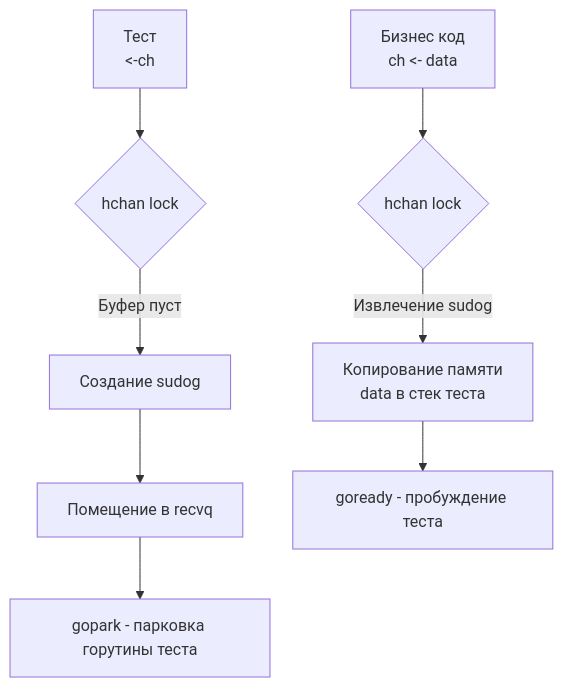
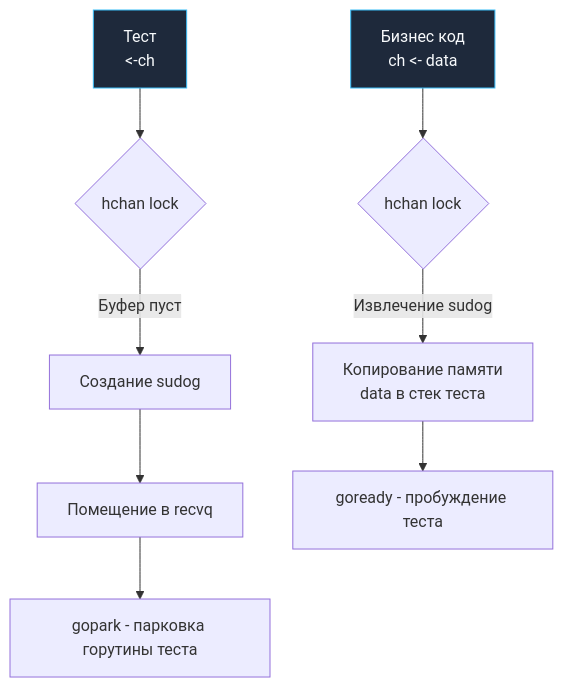
One commit to UnrealTemplier/go-textbook changed the diagram in sources/15. Тестирование в Go (QA & Testing)/07. Конкурентность/5. Тестирование каналов.md. Above: the diagram before and after it, drawn with Mermaid. The commit also changed 1666 other files, not shown here.

First line of the commit message:
feat(mermaid): add semantic color classDef to 1369 colorless flowchart/graph diagrams

````diff
--- a/sources/15. Тестирование в Go (QA & Testing)/07. Конкурентность/5. Тестирование каналов.md
+++ b/sources/15. Тестирование в Go (QA & Testing)/07. Конкурентность/5. Тестирование каналов.md
@@ -43,11 +43,21 @@
 ```mermaid
 flowchart TD
-    A["Тест<br><-ch"] --> B{"hchan lock"}
+    classDef process  fill:#1e293b,stroke:#38bdf8,stroke-width:1px,color:#f8fafc
+    classDef success  fill:#064e3b,stroke:#34d399,stroke-width:1px,color:#f8fafc
+    classDef error    fill:#7f1d1d,stroke:#f87171,stroke-width:1px,color:#f8fafc
+    classDef warning  fill:#78350f,stroke:#fbbf24,stroke-width:1px,color:#f8fafc
+    classDef entry    fill:#1e3a5f,stroke:#38bdf8,stroke-width:2px,color:#f8fafc
+    classDef aux      fill:#334155,stroke:#64748b,stroke-width:1px,color:#f8fafc
+    classDef system   fill:#312e81,stroke:#a78bfa,stroke-width:1px,color:#f8fafc
+    classDef data     fill:#132d29,stroke:#2dd4bf,stroke-width:1px,color:#f8fafc
+    classDef network  fill:#881337,stroke:#fb7185,stroke-width:1px,color:#f8fafc
+    classDef accent   fill:#1e1b4b,stroke:#818cf8,stroke-width:1px,color:#f8fafc
+    A["Тест<br><-ch"]:::process --> B{"hchan lock"}
     B -->|"Буфер пуст"| C["Создание sudog"]
     C --> D["Помещение в recvq"]
     D --> E["gopark - парковка горутины теста"]
     
-    F["Бизнес код<br>ch <- data"] --> G{"hchan lock"}
+    F["Бизнес код<br>ch <- data"]:::process --> G{"hchan lock"}
     G -->|"Извлечение sudog"| H["Копирование памяти<br>data в стек теста"]
     H --> I["goready - пробуждение теста"]
 ```
````
